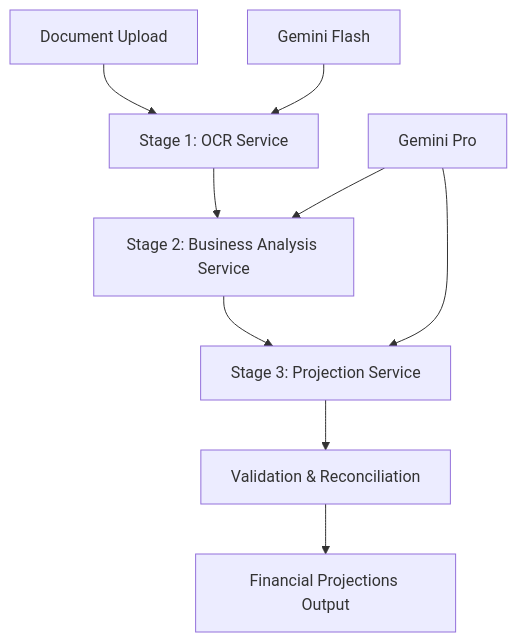
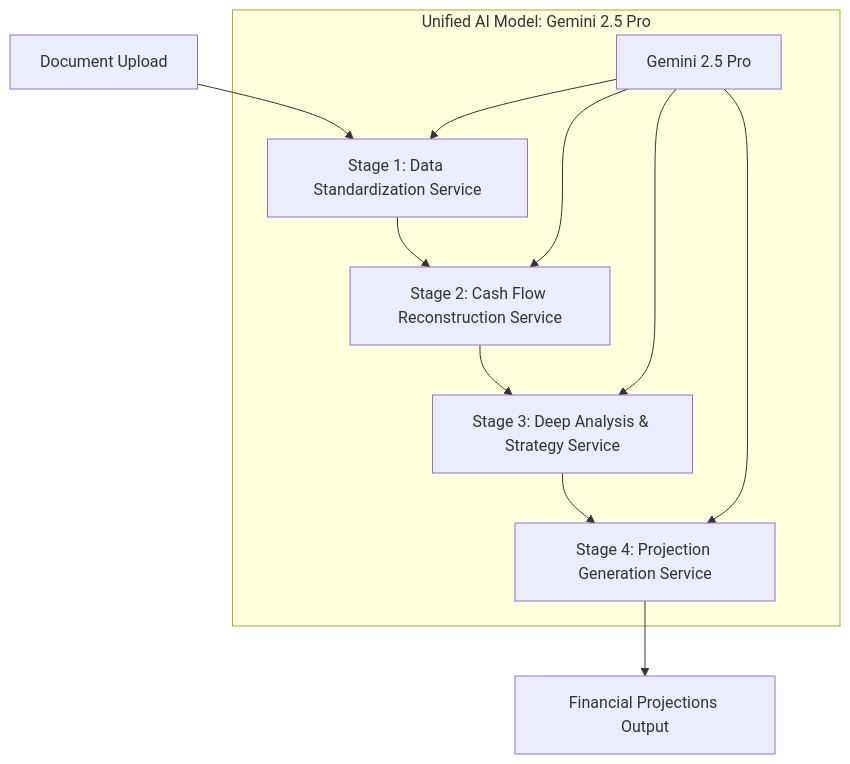
Before and after one commit to shubhams-git/ocr-engine: the diagram in gitbook documentations/01-system-overview.md, drawn with Mermaid. The commit also changed other lines of this file and 25 other files, not shown here.

````diff
--- a/gitbook documentations/01-system-overview.md
+++ b/gitbook documentations/01-system-overview.md
@@ -9,12 +9,15 @@
 ```mermaid
 graph TD
-    A[Document Upload] --> B[Stage 1: OCR Service]
-    B --> C[Stage 2: Business Analysis Service]
-    C --> D[Stage 3: Projection Service]
-    D --> E[Validation & Reconciliation]
-    E --> F[Financial Projections Output]
+    A[Document Upload] --> B[Stage 1: Data Standardization Service];
+    B --> C[Stage 2: Cash Flow Reconstruction Service];
+    C --> D[Stage 3: Deep Analysis & Strategy Service];
+    D --> E[Stage 4: Projection Generation Service];
+    E --> F[Financial Projections Output];
     
-    G[Gemini Flash] --> B
-    H[Gemini Pro] --> C
-    H --> D
+    subgraph "Unified AI Model: Gemini 2.5 Pro"
+        G[Gemini 2.5 Pro] --> B;
+        G --> C;
+        G --> D;
+        G --> E;
+    end
 ```
````
